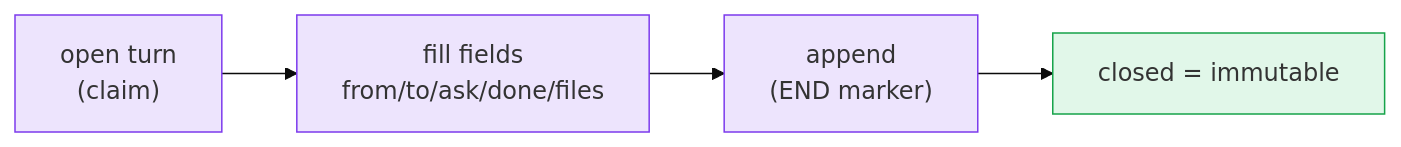
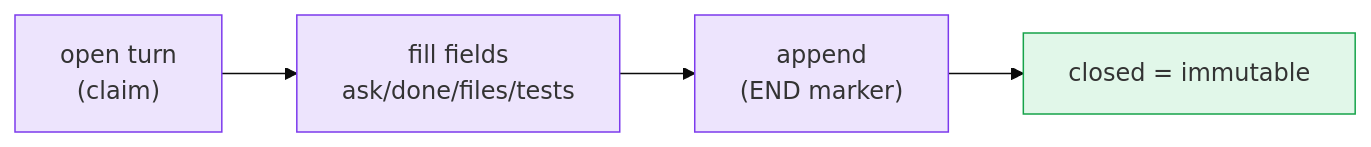
One commit to M8Shift/m8shift.github.io changed the diagram in docs/concepts/handoff-contracts.md. Above: the diagram before and after it, drawn with Mermaid (base theme). The commit also changed other lines of this file and 37 other files, not shown here.

````diff
--- a/docs/concepts/handoff-contracts.md
+++ b/docs/concepts/handoff-contracts.md
@@ -20,11 +23,11 @@
 ```mermaid
 flowchart LR
-    O["open turn<br/>(claim)"] --> F["fill fields<br/>from/to/ask/done/files"]
+    O["open turn<br/>(claim)"] --> F["fill fields<br/>ask/done/files/tests"]
     F --> A["append<br/>(END marker)"]
     A --> C["closed = immutable"]
 
     classDef agent fill:#7c3aed22,stroke:#7c3aed;
     classDef ok fill:#22c55e22,stroke:#16a34a;
     class O,F,A agent
     class C ok
 ```
````
